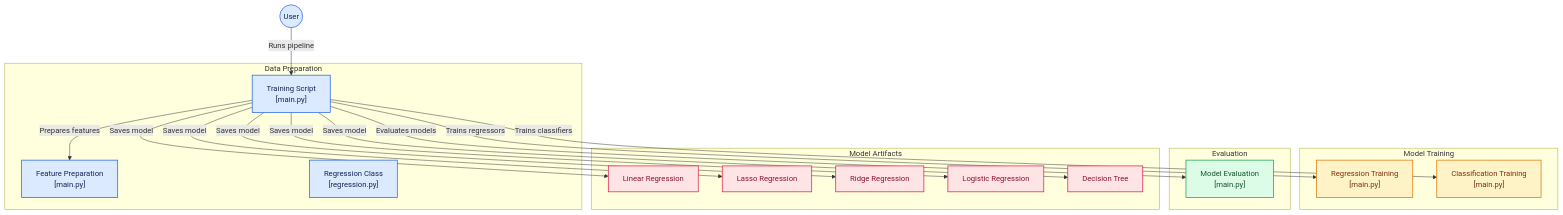
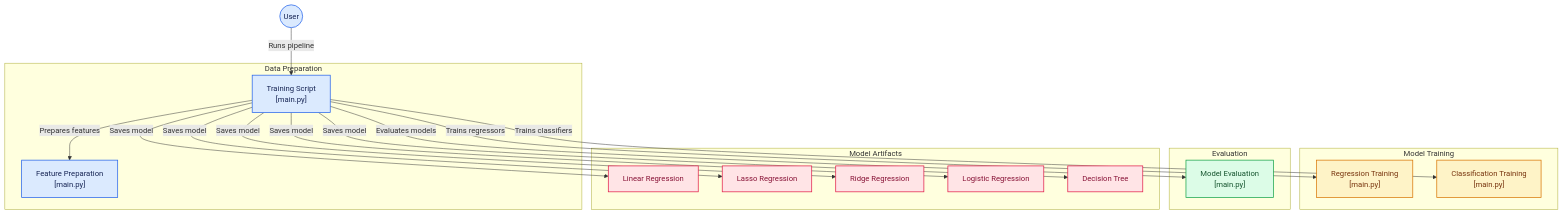
The diagram in README.md (yassakamille/Hotel_Rate_Prediction), drawn with Mermaid before and after one commit.

````diff
--- a/README.md
+++ b/README.md
@@ -7,62 +7,61 @@
 ```mermaid id="k8m2vx"
 flowchart TD
     subgraph group_prep["Data Preparation"]
         node_main["Training Script<br/>[main.py]"]
         node_features["Feature Preparation<br/>[main.py]"]
-        node_regression_class["Regression Class<br/>[regression.py]"]
     end
 
     subgraph group_training["Model Training"]
         node_regression_training["Regression Training<br/>[main.py]"]
         node_classification_training["Classification Training<br/>[main.py]"]
     end
 
     subgraph group_evaluation["Evaluation"]
         node_evaluation["Model Evaluation<br/>[main.py]"]
     end
 
     subgraph group_artifacts["Model Artifacts"]
         node_linear_model["Linear Regression"]
         node_lasso_model["Lasso Regression"]
         node_ridge_model["Ridge Regression"]
         node_logistic_model["Logistic Regression"]
         node_tree_model["Decision Tree"]
     end
 
     node_user(("User"))
 
     node_user -->|"Runs pipeline"| node_main
     node_main -->|"Prepares features"| node_features
     node_main -->|"Trains regressors"| node_regression_training
     node_main -->|"Trains classifiers"| node_classification_training
     node_main -->|"Evaluates models"| node_evaluation
     node_main -->|"Saves model"| node_linear_model
     node_main -->|"Saves model"| node_lasso_model
     node_main -->|"Saves model"| node_ridge_model
     node_main -->|"Saves model"| node_logistic_model
     node_main -->|"Saves model"| node_tree_model
 
     click node_main "https://github.com/yassakamille/hotel_rate_prediction/blob/main/main.py"
     click node_features "https://github.com/yassakamille/hotel_rate_prediction/blob/main/main.py"
     click node_regression_training "https://github.com/yassakamille/hotel_rate_prediction/blob/main/main.py"
     click node_classification_training "https://github.com/yassakamille/hotel_rate_prediction/blob/main/main.py"
     click node_evaluation "https://github.com/yassakamille/hotel_rate_prediction/blob/main/main.py"
     click node_linear_model "https://github.com/yassakamille/hotel_rate_prediction/blob/main/linear_regression.sav"
     click node_lasso_model "https://github.com/yassakamille/hotel_rate_prediction/blob/main/lasso_regression.sav"
     click node_ridge_model "https://github.com/yassakamille/hotel_rate_prediction/blob/main/ridge_regression.sav"
     click node_logistic_model "https://github.com/yassakamille/hotel_rate_prediction/blob/main/Logistic_Regression_classifier.sav"
     click node_tree_model "https://github.com/yassakamille/hotel_rate_prediction/blob/main/decision_tree_classifier.sav"
 
     classDef toneNeutral fill:#f8fafc,stroke:#334155,stroke-width:1.5px,color:#0f172a
     classDef toneBlue fill:#dbeafe,stroke:#2563eb,stroke-width:1.5px,color:#172554
     classDef toneAmber fill:#fef3c7,stroke:#d97706,stroke-width:1.5px,color:#78350f
     classDef toneMint fill:#dcfce7,stroke:#16a34a,stroke-width:1.5px,color:#14532d
     classDef toneRose fill:#ffe4e6,stroke:#e11d48,stroke-width:1.5px,color:#881337
     classDef toneIndigo fill:#e0e7ff,stroke:#4f46e5,stroke-width:1.5px,color:#312e81
     classDef toneTeal fill:#ccfbf1,stroke:#0f766e,stroke-width:1.5px,color:#134e4a
 
     class node_main,node_features,node_regression_class,node_user toneBlue
     class node_regression_training,node_classification_training toneAmber
     class node_evaluation toneMint
     class node_linear_model,node_lasso_model,node_ridge_model,node_logistic_model,node_tree_model toneRose
 ```
````
